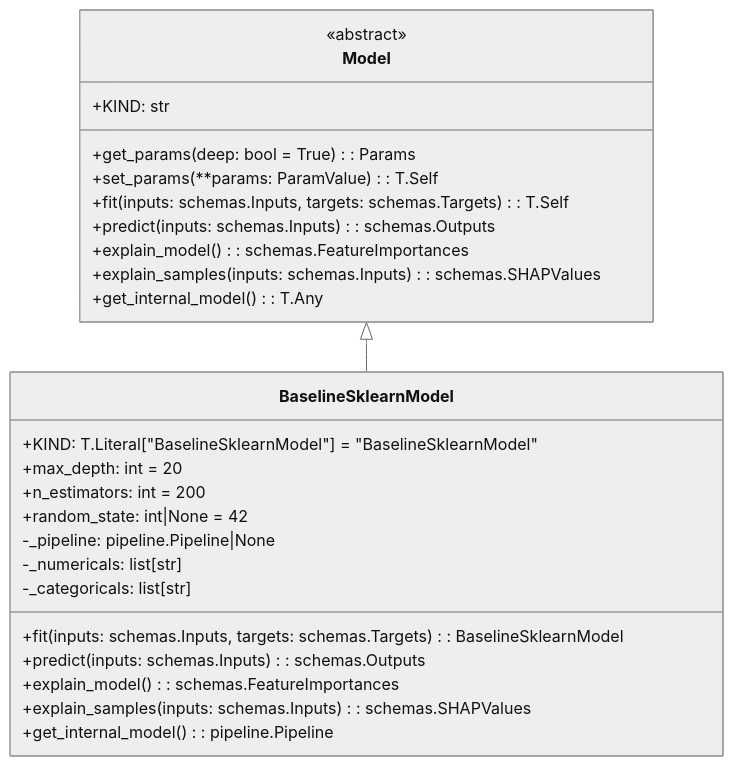
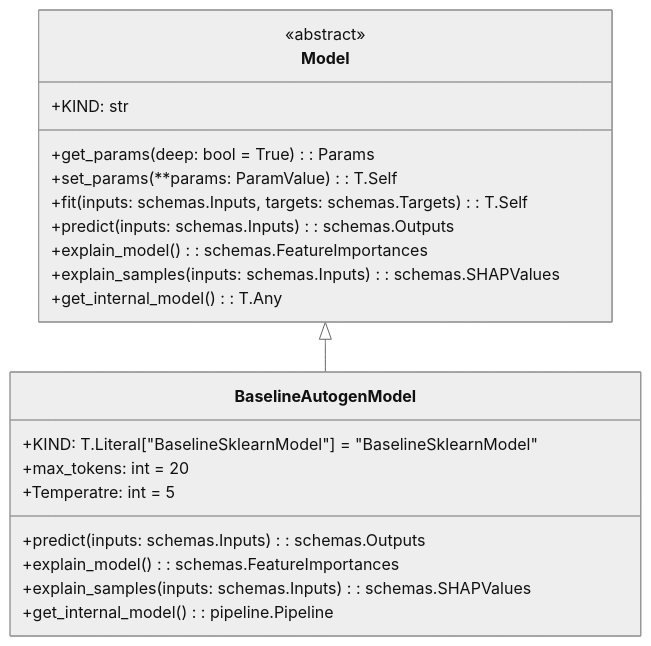
The diagram in Documents/Models_stories.md (lgcorzo/llmops-python-package), drawn with Mermaid (neutral theme) before and after one commit. The commit also changed other lines of this file and 1 other file, not shown here.

Commit message:
feat: US for autogen  model

````diff
--- a/Documents/Models_stories.md
+++ b/Documents/Models_stories.md
@@ -14,35 +14,30 @@
 ```mermaid
 classDiagram
     %% Abstract Base Class
     class Model {
         <<abstract>>
         +KIND: str
         +get_params(deep: bool = True): Params
         +set_params(**params: ParamValue): T.Self
         +fit(inputs: schemas.Inputs, targets: schemas.Targets): T.Self
         +predict(inputs: schemas.Inputs): schemas.Outputs
         +explain_model(): schemas.FeatureImportances
         +explain_samples(inputs: schemas.Inputs): schemas.SHAPValues
         +get_internal_model(): T.Any
     }
 
     %% Derived Class
-    class BaselineSklearnModel {
+    class BaselineAutogenModel {
         +KIND: T.Literal["BaselineSklearnModel"] = "BaselineSklearnModel"
-        +max_depth: int = 20
-        +n_estimators: int = 200
-        +random_state: int|None = 42
-        -_pipeline: pipeline.Pipeline|None
-        -_numericals: list[str]
-        -_categoricals: list[str]
-        +fit(inputs: schemas.Inputs, targets: schemas.Targets): BaselineSklearnModel
+        +max_tokens: int = 20
+        +Temperatre: int = 5
         +predict(inputs: schemas.Inputs): schemas.Outputs
         +explain_model(): schemas.FeatureImportances
         +explain_samples(inputs: schemas.Inputs): schemas.SHAPValues
         +get_internal_model(): pipeline.Pipeline
     }
 
     %% Relationships
-    Model <|-- BaselineSklearnModel
+    Model <|-- BaselineAutogenModel
 
 ```
````
